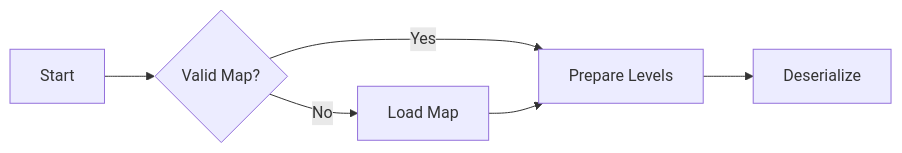
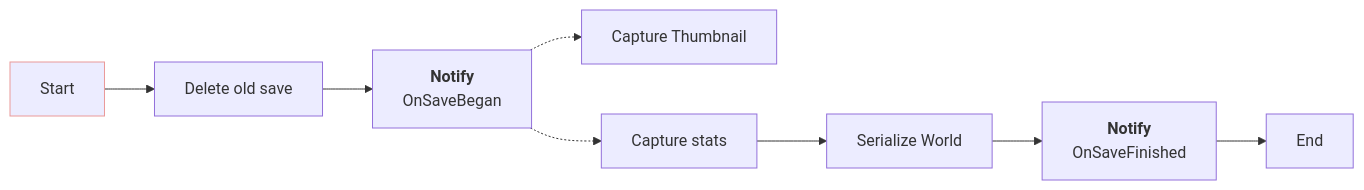
The first of 2 diagrams in Docs/resources/saving-process.md (PipeRift/SaveExtension), drawn with Mermaid before and after one commit. The commit also changed other lines of this file and 11 other files, not shown here.

````diff
--- a/Docs/resources/saving-process.md
+++ b/Docs/resources/saving-process.md
@@ -5,8 +5,12 @@
 ```mermaid
-graph LR
-    A[Start] --> B{Valid Map?};
-    B -->|Yes| D[Prepare Levels];
-    B -->|No| C[Load Map];
-    C --> D;
-    D --> E[Deserialize];
+flowchart LR
+    classDef CEntry stroke:#ea9999;
+
+    A[Start]:::CEntry --> B[Delete old save];
+    B --> C[<b>Notify</b><br>OnSaveBegan];
+    C -.-> D[Capture Thumbnail];
+    C -.-> E[Capture stats];
+    E --> SerializeWorld[Serialize World];
+    SerializeWorld --> H[<b>Notify</b><br>OnSaveFinished];
+    H --> End;
 ```
````
